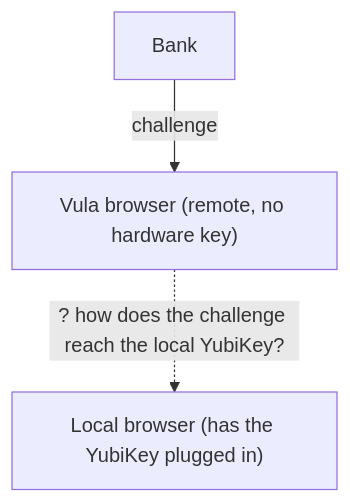
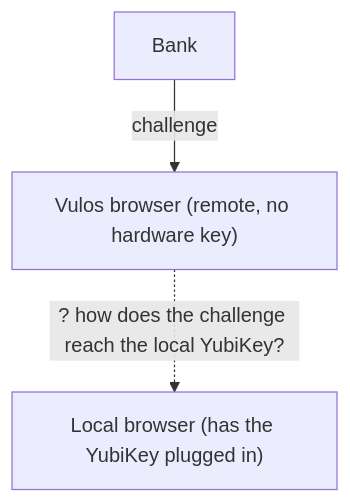
One commit to vul-os/vulos changed the first of 6 diagrams in roadmap/AUTHENTICATION.md. Above: the diagram before and after it, drawn with Mermaid. The commit also changed other lines of this file and 138 other files, not shown here.

````diff
--- a/roadmap/AUTHENTICATION.md
+++ b/roadmap/AUTHENTICATION.md
@@ -157,5 +157,5 @@
 ```mermaid
 flowchart TD
-    Bank -->|challenge| Remote["Vula browser (remote, no hardware key)"]
+    Bank -->|challenge| Remote["Vulos browser (remote, no hardware key)"]
     Remote -. "? how does the challenge reach the local YubiKey?" .-> Local["Local browser (has the YubiKey plugged in)"]
 ```
````
